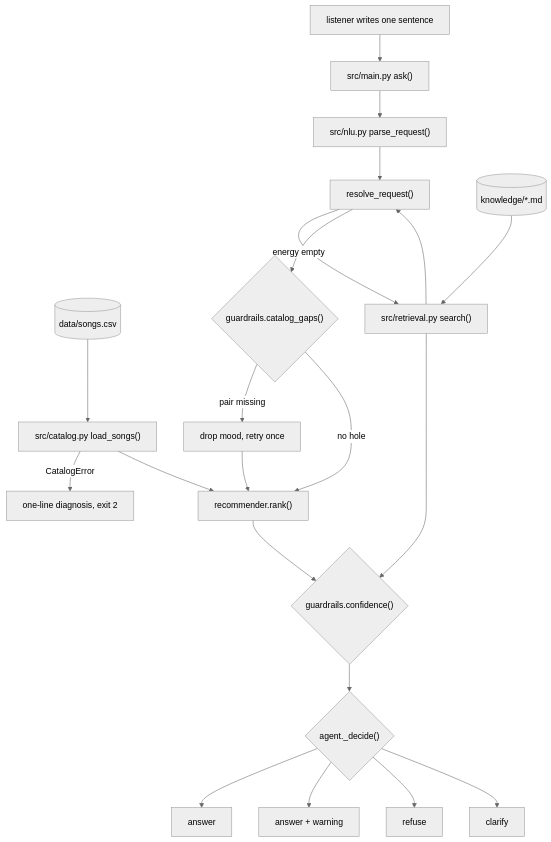
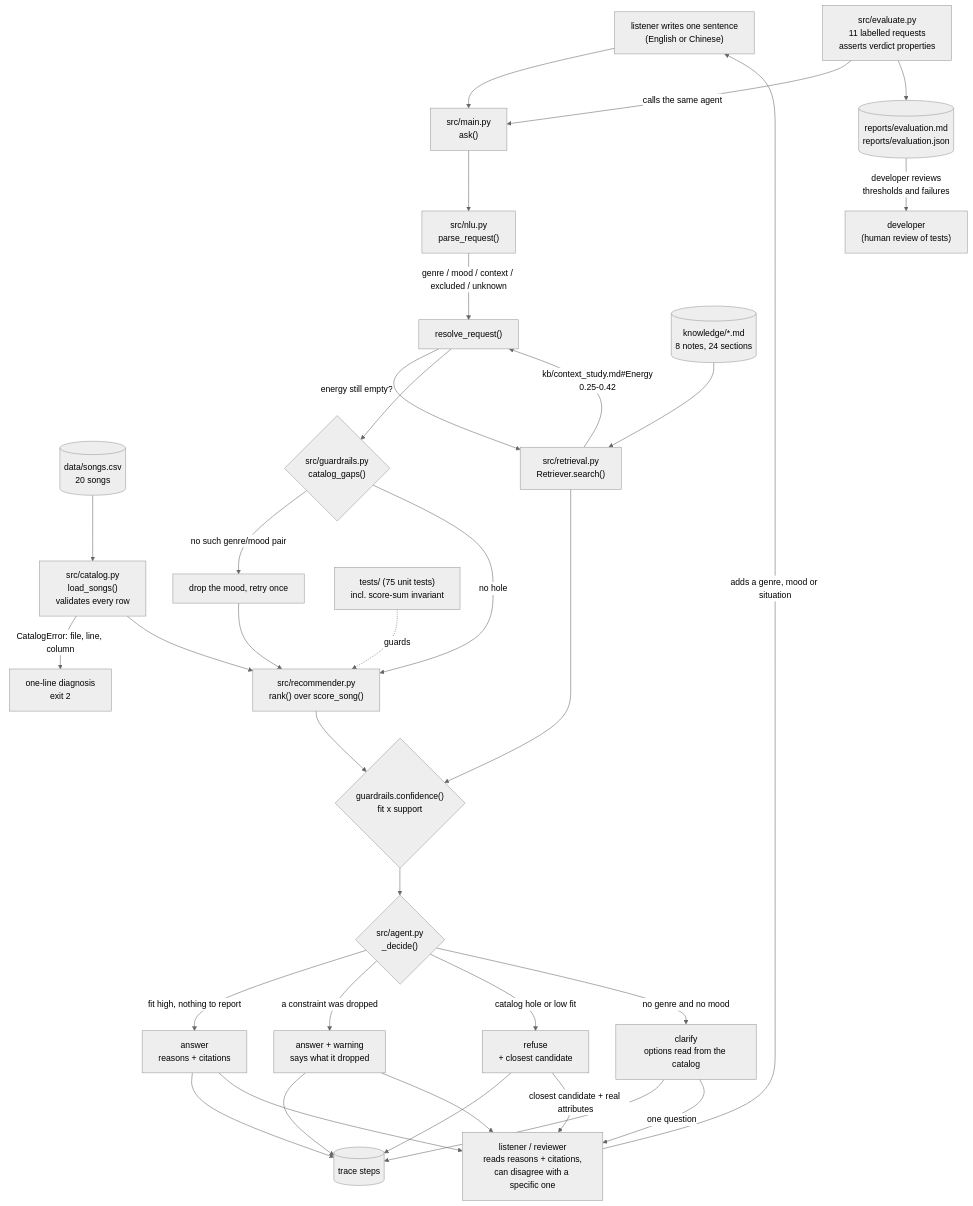
Before and after one commit to WendyZhang2024/TasteRadar---applied-ai-system-project: the diagram in README.md, drawn with Mermaid (neutral theme). The commit also changed other lines of this file and 6 other files, not shown here.

Commit message:
docs: add execution evidence and sync the diagram

````diff
--- a/README.md
+++ b/README.md
@@ -50,23 +50,49 @@
 ```mermaid
+%% TasteRadar 2.0 -- how one sentence becomes an answer, a warning, a refusal
+%% or a question. Node names mirror the modules in src/.
 flowchart TD
-    REQ["listener writes one sentence"] --> CLI["src/main.py ask()"]
-    CSV[("data/songs.csv")] --> LOAD["src/catalog.py load_songs()"]
-    LOAD -->|"CatalogError"| BAD["one-line diagnosis, exit 2"]
-    CLI --> PARSE["src/nlu.py parse_request()"]
-    PARSE --> RESOLVE["resolve_request()"]
-    RESOLVE -->|"energy empty"| RET["src/retrieval.py search()"]
-    KB[("knowledge/*.md")] --> RET
-    RET --> RESOLVE
-    RESOLVE --> GAPS{"guardrails.catalog_gaps()"}
-    GAPS -->|"pair missing"| RELAX["drop mood, retry once"]
+    REQ["listener writes one sentence<br/>(English or Chinese)"] --> CLI["src/main.py<br/>ask()"]
+
+    CSV[("data/songs.csv<br/>20 songs")] --> LOAD["src/catalog.py<br/>load_songs()<br/>validates every row"]
+    LOAD -->|"CatalogError: file, line, column"| BAD["one-line diagnosis<br/>exit 2"]
+
+    CLI --> PARSE["src/nlu.py<br/>parse_request()"]
+    PARSE -->|"genre / mood / context / excluded / unknown"| RESOLVE["resolve_request()"]
+
+    RESOLVE -->|"energy still empty?"| RET["src/retrieval.py<br/>Retriever.search()"]
+    KB[("knowledge/*.md<br/>8 notes, 24 sections")] --> RET
+    RET -->|"kb/context_study.md#Energy<br/>0.25-0.42"| RESOLVE
+
+    RESOLVE --> GAPS{"src/guardrails.py<br/>catalog_gaps()"}
+    GAPS -->|"no such genre/mood pair"| RELAX["drop the mood, retry once"]
     RELAX --> RANK
-    GAPS -->|"no hole"| RANK["recommender.rank()"]
+    GAPS -->|"no hole"| RANK["src/recommender.py<br/>rank() over score_song()"]
     LOAD --> RANK
-    RANK --> CONF{"guardrails.confidence()"}
+
+    RANK --> CONF{"guardrails.confidence()<br/>fit x support"}
     RET --> CONF
-    CONF --> DEC{"agent._decide()"}
-    DEC --> ANSWER["answer"]
-    DEC --> CAVEAT["answer + warning"]
-    DEC --> REFUSE["refuse"]
-    DEC --> ASK["clarify"]
+    CONF --> DEC{"src/agent.py<br/>_decide()"}
+
+    DEC -->|"fit high, nothing to report"| ANSWER["answer<br/>reasons + citations"]
+    DEC -->|"a constraint was dropped"| CAVEAT["answer + warning<br/>says what it dropped"]
+    DEC -->|"catalog hole or low fit"| REFUSE["refuse<br/>+ closest candidate"]
+    DEC -->|"no genre and no mood"| ASK["clarify<br/>options read from the catalog"]
+
+    ANSWER --> TRACE[("trace steps")]
+    CAVEAT --> TRACE
+    REFUSE --> TRACE
+    ASK --> TRACE
+
+    %% Humans: the listener is the final check on every verdict.
+    ANSWER --> HUMAN["listener / reviewer<br/>reads reasons + citations,<br/>can disagree with a specific one"]
+    CAVEAT --> HUMAN
+    REFUSE -->|"closest candidate + real attributes"| HUMAN
+    ASK -->|"one question"| HUMAN
+    HUMAN -->|"adds a genre, mood or situation"| REQ
+
+    %% Testing: regression run over labelled requests, plus unit tests.
+    EVAL["src/evaluate.py<br/>11 labelled requests<br/>asserts verdict properties"] -->|"calls the same agent"| CLI
+    EVAL --> REPORT[("reports/evaluation.md<br/>reports/evaluation.json")]
+    REPORT -->|"developer reviews<br/>thresholds and failures"| DEV["developer<br/>(human review of tests)"]
+    UNIT["tests/ (75 unit tests)<br/>incl. score-sum invariant"] -.->|"guards"| RANK
 ```
````
